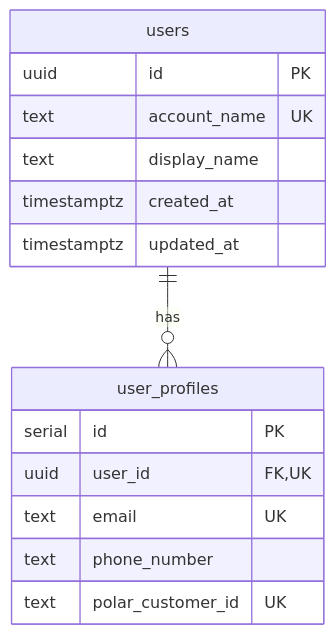
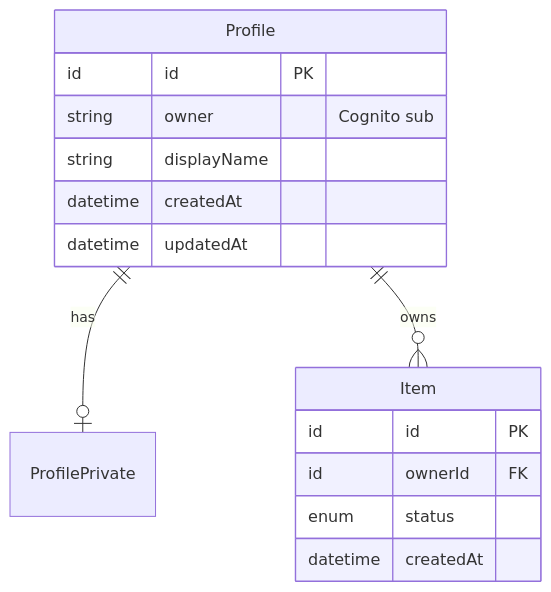
The diagram in .claude/skills/detailed-design/references/data-model-template.md (TItabashBoilerplates/amplify-boilerplate), drawn with Mermaid before and after one commit. The commit also changed other lines of this file and 12 other files, not shown here.

````diff
--- a/.claude/skills/detailed-design/references/data-model-template.md
+++ b/.claude/skills/detailed-design/references/data-model-template.md
@@ -107,18 +132,18 @@
 ```mermaid
 erDiagram
-    users ||--o{ user_profiles : "has"
-    users {
-        uuid id PK
-        text account_name UK
-        text display_name
-        timestamptz created_at
-        timestamptz updated_at
+    Profile ||--o| ProfilePrivate : "has"
+    Profile ||--o{ Item : "owns"
+    Profile {
+        id id PK
+        string owner "Cognito sub"
+        string displayName
+        datetime createdAt
+        datetime updatedAt
     }
-    user_profiles {
-        serial id PK
-        uuid user_id FK,UK
-        text email UK
-        text phone_number
-        text polar_customer_id UK
+    Item {
+        id id PK
+        id ownerId FK
+        enum status
+        datetime createdAt
     }
 ```
````
